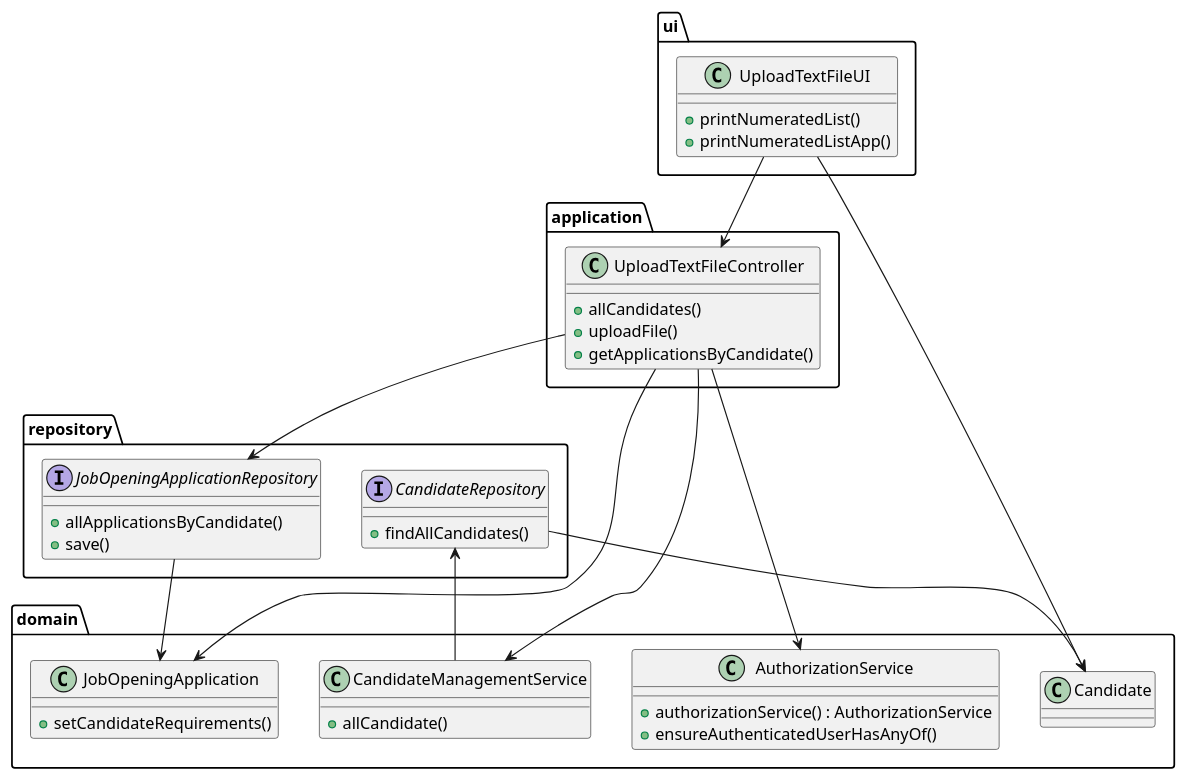
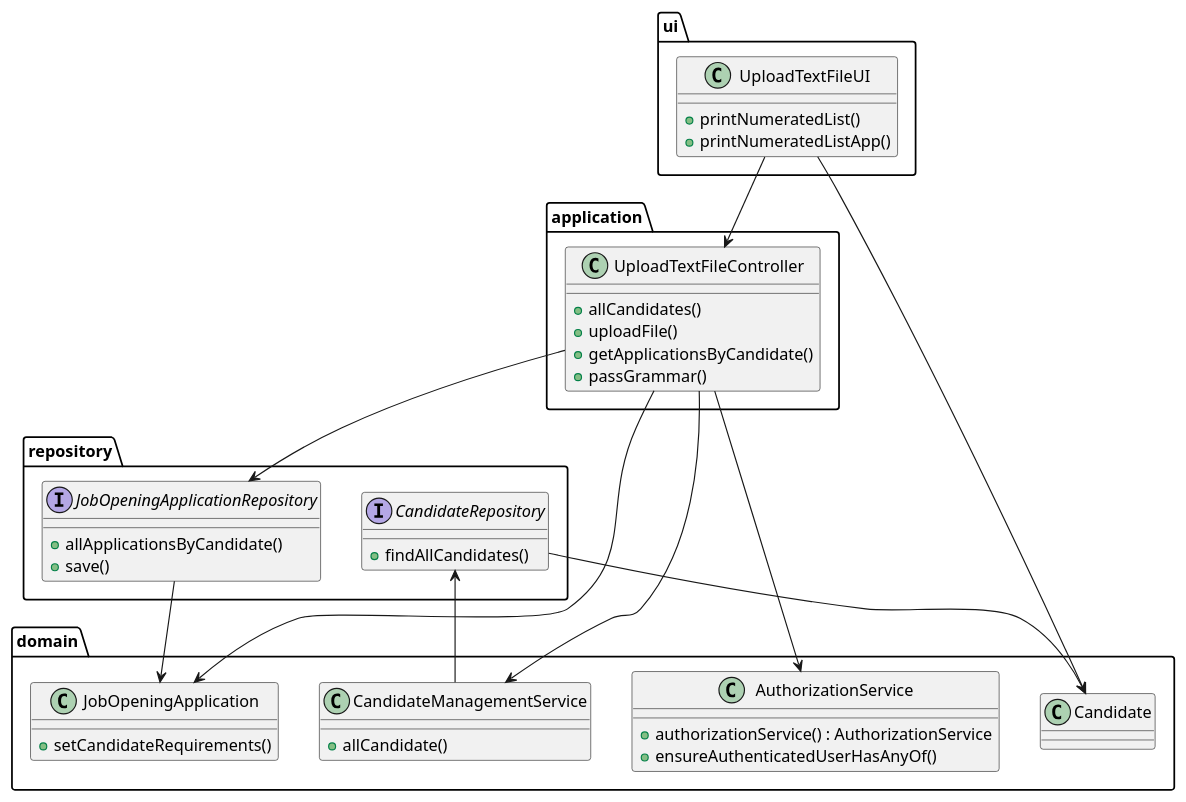
Before and after one commit to marcoferreira37/Lapr4: the diagram in docs/sprintC/2004/puml/2004-class-diagram.puml, drawn with PlantUML.

Commit message:
#48 change in class diagram

```diff
--- a/docs/sprintC/2004/puml/2004-class-diagram.puml
+++ b/docs/sprintC/2004/puml/2004-class-diagram.puml
@@ -1,64 +1,65 @@
 @startuml
 
 
 
 
 package ui {
         class UploadTextFileUI {
             +printNumeratedList()
             +printNumeratedListApp()
         }
     }
 
 
 
 
     package application {
         class UploadTextFileController {
             +allCandidates()
             +uploadFile()
             +getApplicationsByCandidate()
+            +passGrammar()
         }
     }
 
     package repository {
 
         interface CandidateRepository{
             +findAllCandidates()
         }
 
         interface JobOpeningApplicationRepository{
             +allApplicationsByCandidate()
             +save()
         }
     }
 
     package domain {
 
         class AuthorizationService {
             +authorizationService() : AuthorizationService
             +ensureAuthenticatedUserHasAnyOf()
         }
         class JobOpeningApplication{
             +setCandidateRequirements()
         }
 
         class CandidateManagementService{
             +allCandidate()
         }
 
         class Candidate {
         }
     }
 
 UploadTextFileUI--> UploadTextFileController
 UploadTextFileUI --> Candidate
 UploadTextFileController --> AuthorizationService
 UploadTextFileController --> CandidateManagementService
 UploadTextFileController --> JobOpeningApplicationRepository
 UploadTextFileController --> JobOpeningApplication
 CandidateManagementService --> CandidateRepository
 CandidateRepository --> Candidate
 JobOpeningApplicationRepository --> JobOpeningApplication
 
 @enduml
```
